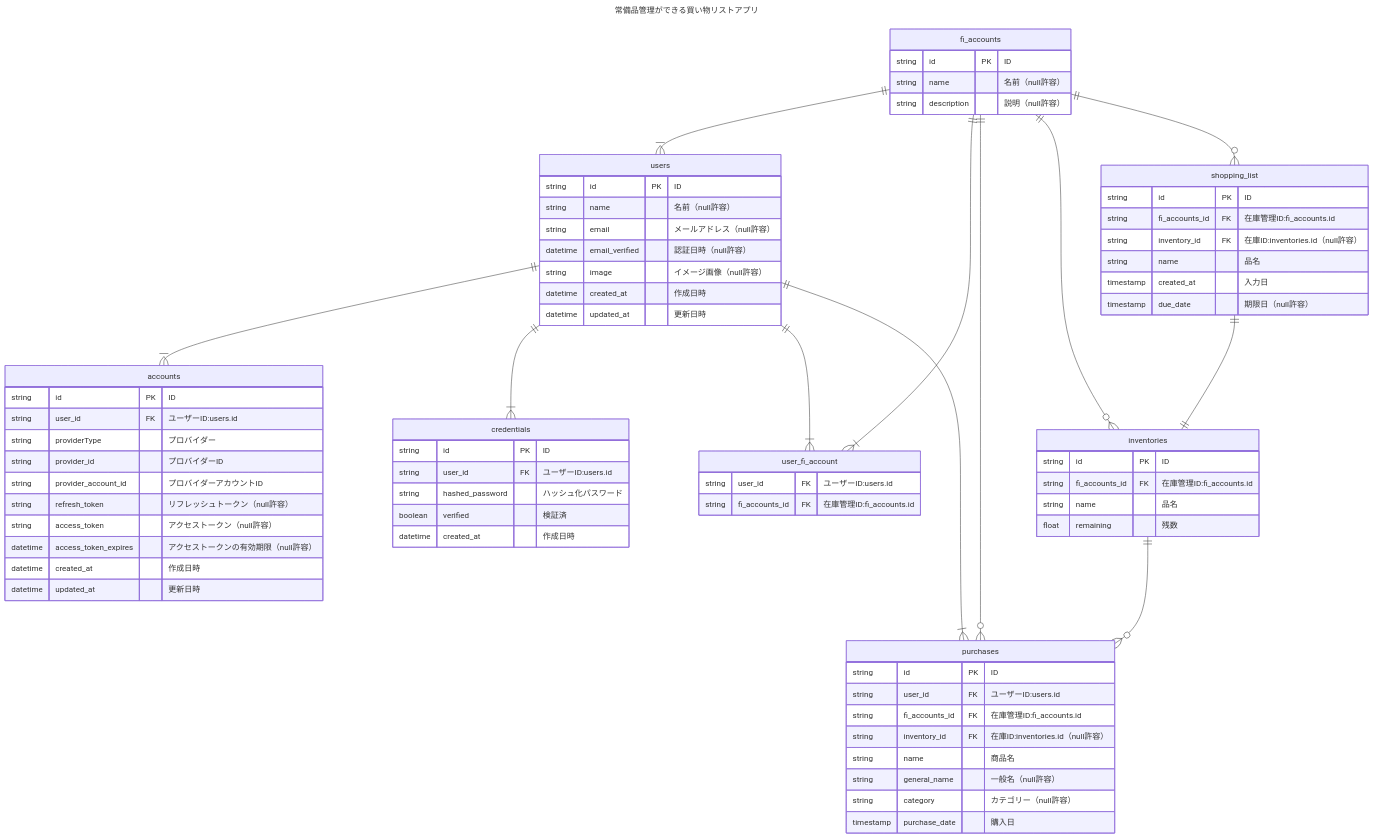
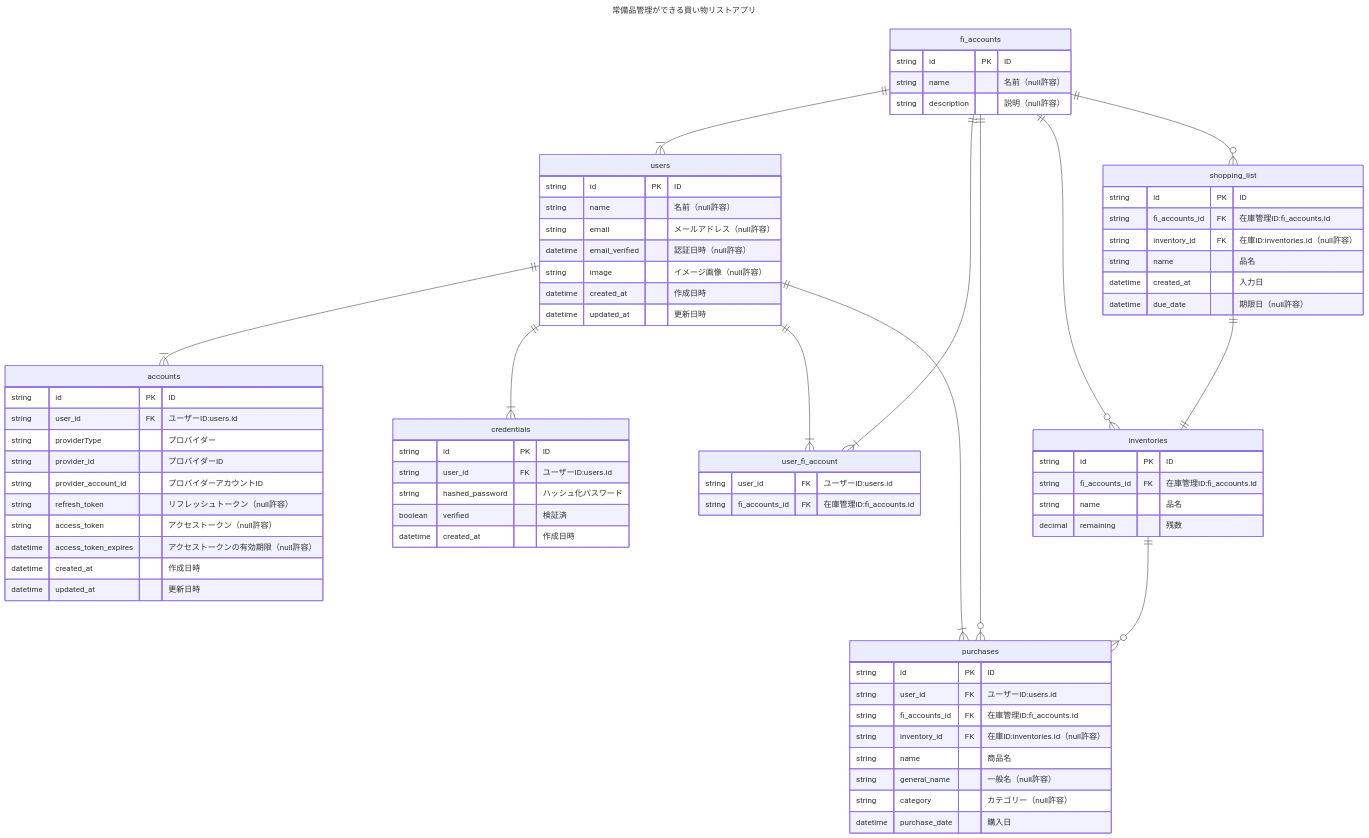
One commit to kurutto/fridge-inventory changed the diagram in doc/fridge-inventory.md. Above: the diagram before and after it, drawn with Mermaid.

Commit message:
軽微な修正

````diff
--- a/doc/fridge-inventory.md
+++ b/doc/fridge-inventory.md
@@ -5,80 +5,80 @@
 ```mermaid
 ---
 title: "常備品管理ができる買い物リストアプリ"
 ---
 erDiagram
 
     users ||--|{ accounts : ""
     users ||--|{ credentials : ""
     fi_accounts ||--|{ users : ""
     users ||--|{ user_fi_account : ""
     fi_accounts ||--|{ user_fi_account : ""
     inventories ||--o{ purchases : ""
     users ||--|{ purchases : ""
     fi_accounts ||--o{ purchases : ""
     fi_accounts ||--o{ inventories : ""
     fi_accounts ||--o{ shopping_list : ""
     shopping_list ||--|| inventories : ""
 
     accounts {
         string id PK "ID"
         string user_id FK "ユーザーID:users.id"
         string providerType "プロバイダー"
         string provider_id "プロバイダーID"
         string provider_account_id "プロバイダーアカウントID"
         string refresh_token "リフレッシュトークン（null許容）"
         string access_token "アクセストークン（null許容）"
         datetime access_token_expires "アクセストークンの有効期限（null許容）"
         datetime created_at "作成日時"
         datetime updated_at "更新日時"
     }
     users {
         string id PK "ID"
         string name "名前（null許容）"
         string email "メールアドレス（null許容）"
         datetime email_verified "認証日時（null許容）"
         string image "イメージ画像（null許容）"
         datetime created_at "作成日時"
         datetime updated_at "更新日時"
     }
     credentials{
         string id PK "ID"
         string user_id FK "ユーザーID:users.id"
         string hashed_password "ハッシュ化パスワード"
         boolean verified "検証済"
         datetime created_at "作成日時"
     }
     user_fi_account{
         string user_id FK "ユーザーID:users.id"
         string fi_accounts_id FK "在庫管理ID:fi_accounts.id"
     }
     fi_accounts {
         string id PK "ID"
         string name "名前（null許容）"
         string description "説明（null許容）"
     }
     inventories {
         string id PK "ID"
         string fi_accounts_id FK "在庫管理ID:fi_accounts.id"
         string name "品名"
-        float remaining "残数"
+        decimal remaining "残数"
     }
     purchases {
         string id PK "ID"
         string user_id FK "ユーザーID:users.id"
         string fi_accounts_id FK "在庫管理ID:fi_accounts.id"
         string inventory_id FK "在庫ID:inventories.id（null許容）"
         string name "商品名"
         string general_name "一般名（null許容）"
         string category "カテゴリー（null許容）"
-        timestamp purchase_date "購入日"
+        datetime purchase_date "購入日"
     }
     shopping_list {
         string id PK "ID"
         string fi_accounts_id FK "在庫管理ID:fi_accounts.id"
         string inventory_id FK "在庫ID:inventories.id（null許容）"
         string name "品名"
-        timestamp created_at "入力日"
-        timestamp due_date "期限日（null許容）"
+        datetime created_at "入力日"
+        datetime due_date "期限日（null許容）"
     }
 ```
````
